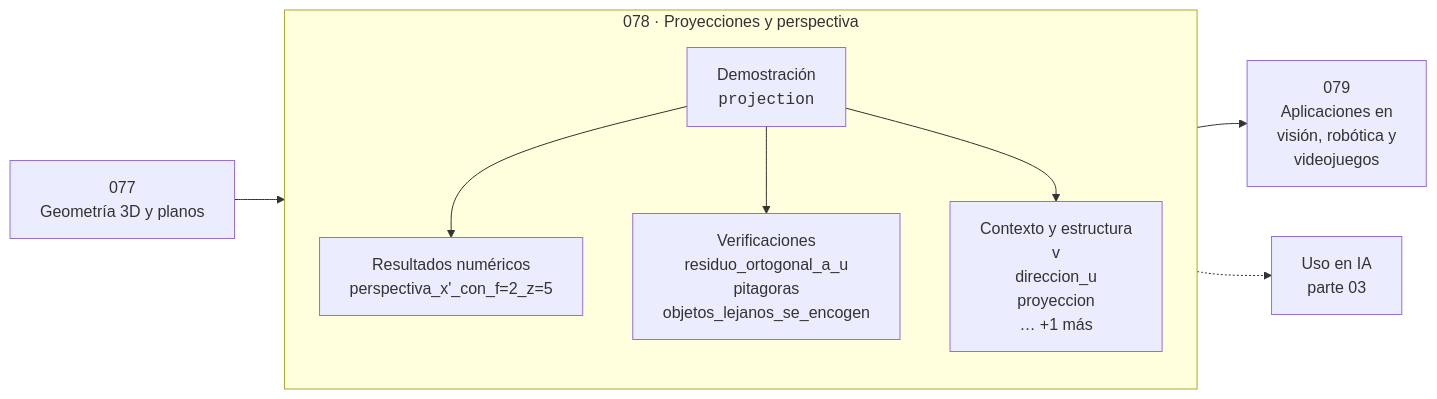
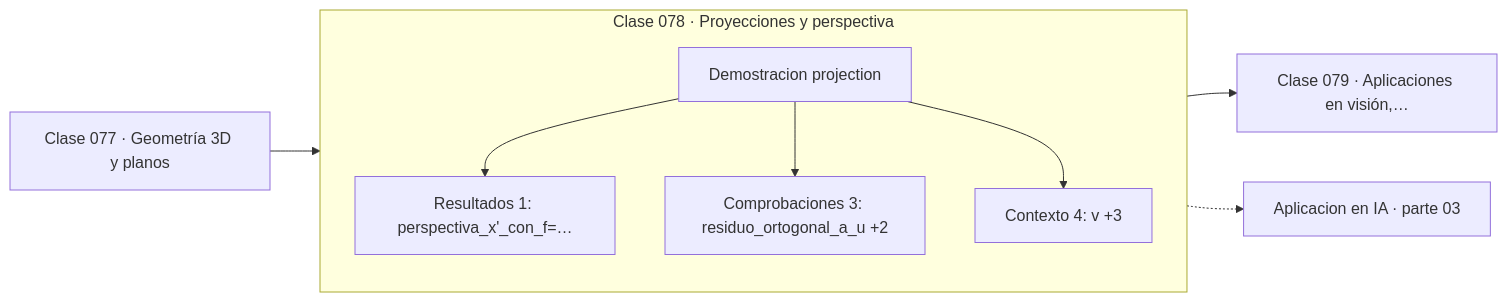
The diagram in classes/part-03-geometria-trigonometria-y-geometria-analitica/078-proyecciones-y-perspectiva/README.md (vladimiracunadev-create/computational-mathematics-program), drawn with Mermaid before and after one commit. The commit also changed 389 other files, not shown here.

First line of the commit message:
fix(diagramas): elimina el HTML de las etiquetas Mermaid

````diff
--- a/classes/part-03-geometria-trigonometria-y-geometria-analitica/078-proyecciones-y-perspectiva/README.md
+++ b/classes/part-03-geometria-trigonometria-y-geometria-analitica/078-proyecciones-y-perspectiva/README.md
@@ -35,12 +35,13 @@
 ```mermaid
 flowchart LR
-    P["077<br/>Geometría 3D y planos"] --> C
-    subgraph C["078 · Proyecciones y perspectiva"]
+    P["Clase 077 · Geometría 3D y planos"] --> D
+    subgraph CLASE["Clase 078 · Proyecciones y perspectiva"]
         direction TB
-        D["Demostración<br/><code>projection</code>"] --> R["Resultados numéricos<br/>perspectiva_x'_con_f=2_z=5"]
-        D --> V["Verificaciones<br/>residuo_ortogonal_a_u<br/>pitagoras<br/>objetos_lejanos_se_encogen"]
-        D --> O["Contexto y estructura<br/>v<br/>direccion_u<br/>proyeccion<br/>… +1 más"]
+        D["Demostracion projection"]
+        D --> R["Resultados 1: perspectiva_x'_con_f=…"]
+        D --> V["Comprobaciones 3: residuo_ortogonal_a_u +2"]
+        D --> O["Contexto 4: v +3"]
     end
-    C --> N["079<br/>Aplicaciones en<br/>visión, robótica y<br/>videojuegos"]
-    C -.-> IA["Uso en IA<br/>parte 03"]
+    R --> N["Clase 079 · Aplicaciones en visión,…"]
+    V -.-> IA["Aplicacion en IA · parte 03"]
 ```
````
